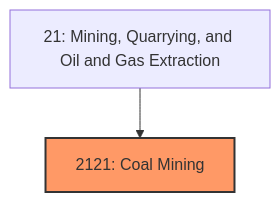
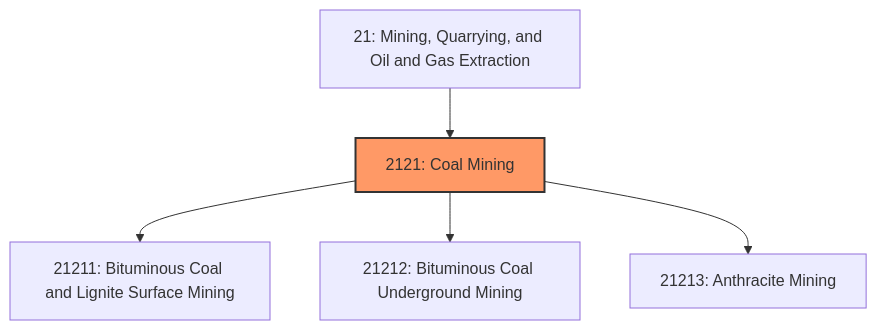
The first of 3 diagrams in industries/Mining/CoalMining/index.mdx (kziemski/business.org.ai), drawn with Mermaid before and after one commit. The commit also changed other lines of this file and 67 other files, not shown here.

````diff
--- a/industries/Mining/CoalMining/index.mdx
+++ b/industries/Mining/CoalMining/index.mdx
@@ -20,6 +38,9 @@
 ```mermaid
 graph TD
     S21["21: Mining, Quarrying, and Oil and Gas Extraction"]
     S21 --> N2121["2121: Coal Mining"]
     style N2121 fill:#f96,stroke:#333,stroke-width:2px
+    N2121 --> N21211["21211: Bituminous Coal and Lignite Surface Mining"]
+    N2121 --> N21212["21212: Bituminous Coal Underground Mining"]
+    N2121 --> N21213["21213: Anthracite Mining"]
 ```
````
